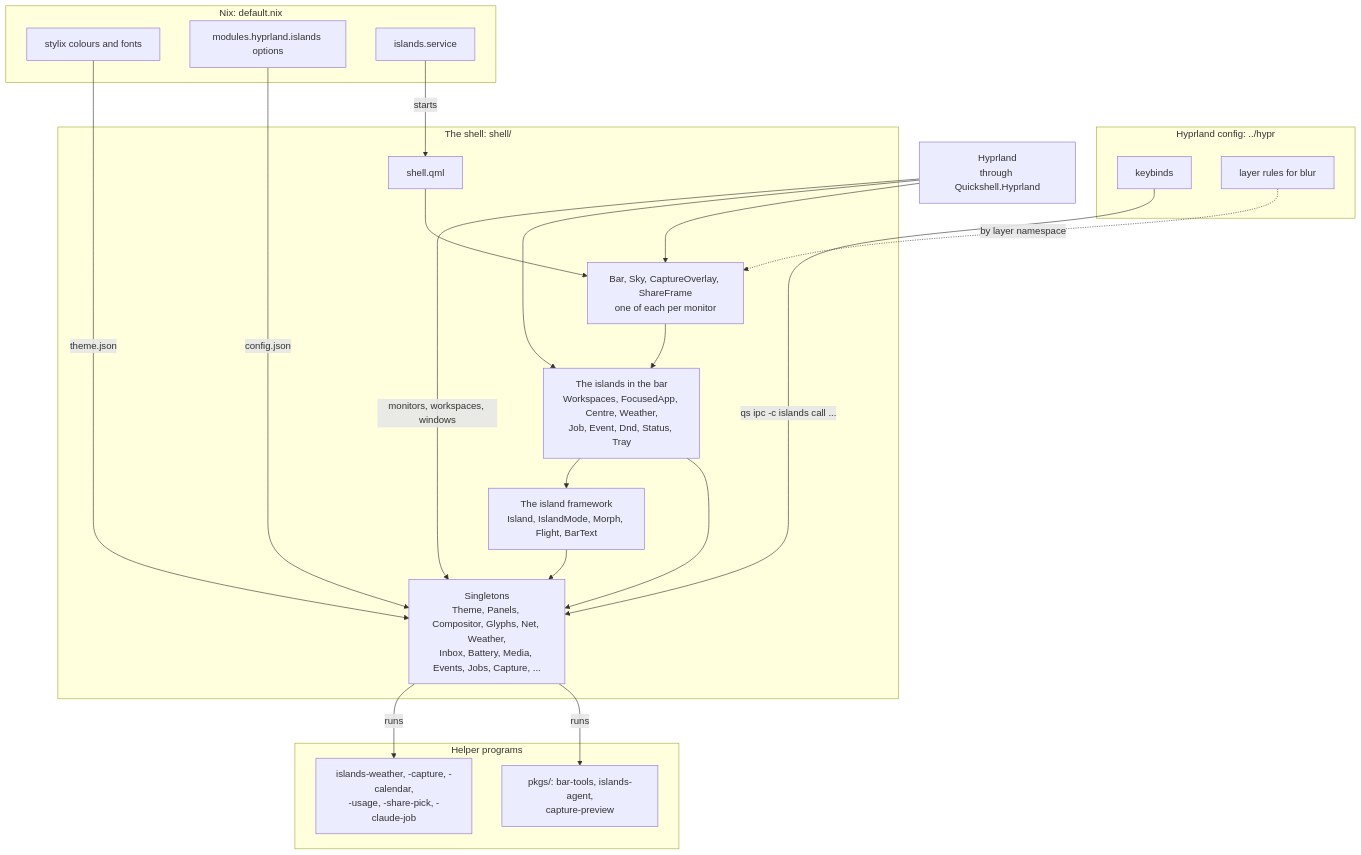
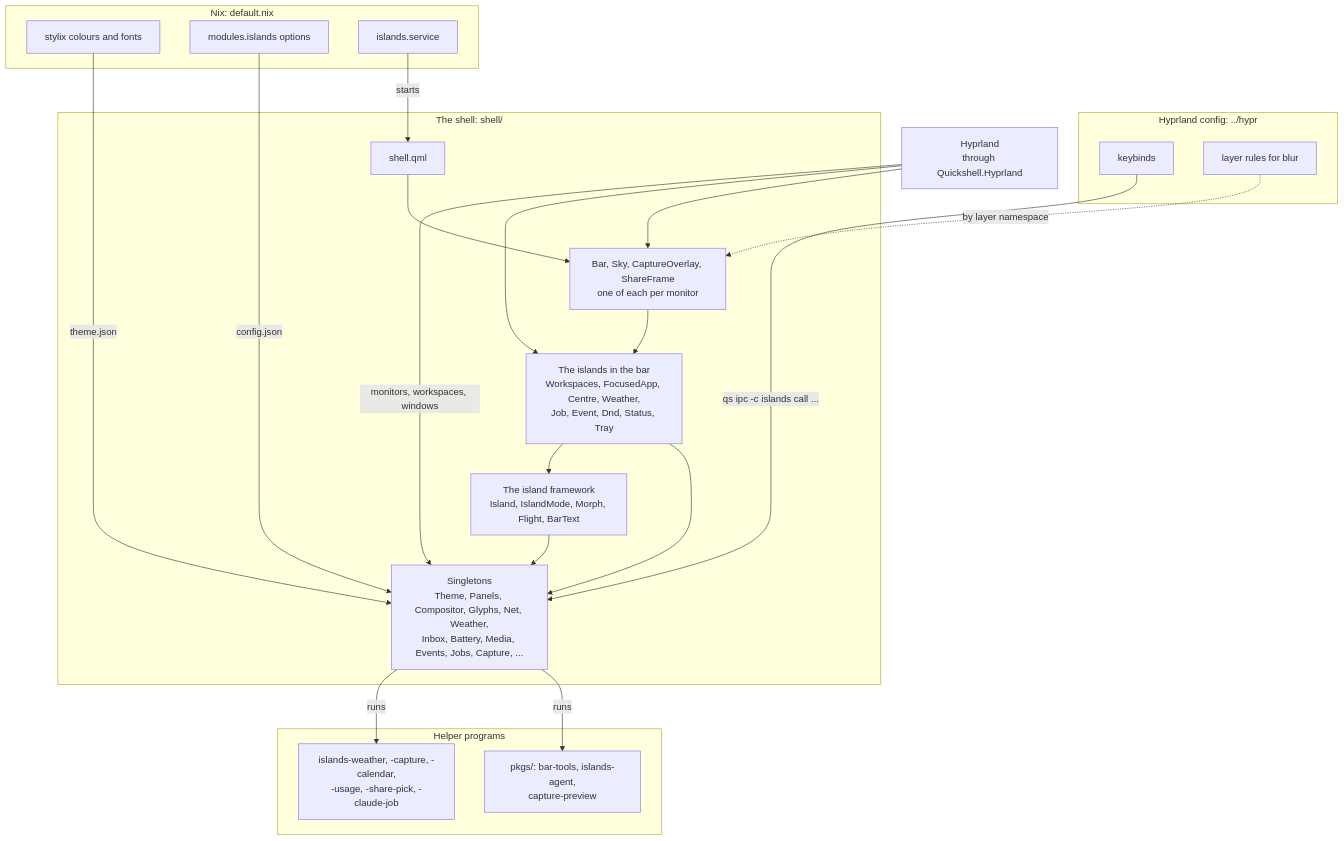
One commit to EricWardner/nix-config changed the first of 2 diagrams in modules/hm/wms/islands/README.md. Above: the diagram before and after it, drawn with Mermaid. The commit also changed other lines of this file and 4 other files, not shown here.

First line of the commit message:
refactor(islands): Give the shell its own options

````diff
--- a/modules/hm/wms/islands/README.md
+++ b/modules/hm/wms/islands/README.md
@@ -14,44 +14,44 @@
 ```mermaid
 flowchart TB
   subgraph nix["Nix: default.nix"]
     stylix["stylix colours and fonts"]
-    options["modules.hyprland.islands options"]
+    options["modules.islands options"]
     unit["islands.service"]
   end
 
   subgraph hypr["Hyprland config: ../hypr"]
     binds["keybinds"]
     rules["layer rules for blur"]
   end
 
   subgraph shell["The shell: shell/"]
     root["shell.qml"]
     surfaces["Bar, Sky, CaptureOverlay, ShareFrame<br/>one of each per monitor"]
     islands["The islands in the bar<br/>Workspaces, FocusedApp, Centre, Weather,<br/>Job, Event, Dnd, Status, Tray"]
     frame["The island framework<br/>Island, IslandMode, Morph, Flight, BarText"]
     state["Singletons<br/>Theme, Panels, Compositor, Glyphs, Net, Weather,<br/>Inbox, Battery, Media, Events, Jobs, Capture, ..."]
   end
 
   subgraph helpers["Helper programs"]
     scripts["islands-weather, -capture, -calendar,<br/>-usage, -share-pick, -claude-job"]
     pkgs["pkgs/: bar-tools, islands-agent,<br/>capture-preview"]
   end
 
   compositor["Hyprland<br/>through Quickshell.Hyprland"]
 
   stylix -- "theme.json" --> state
   options -- "config.json" --> state
   unit -- "starts" --> root
   binds -- "qs ipc -c islands call ..." --> state
   rules -. "by layer namespace" .-> surfaces
   root --> surfaces
   surfaces --> islands
   islands --> frame
   islands --> state
   frame --> state
   state -- "runs" --> scripts
   state -- "runs" --> pkgs
   compositor -- "monitors, workspaces, windows" --> state
   compositor --> islands
   compositor --> surfaces
 ```
````
